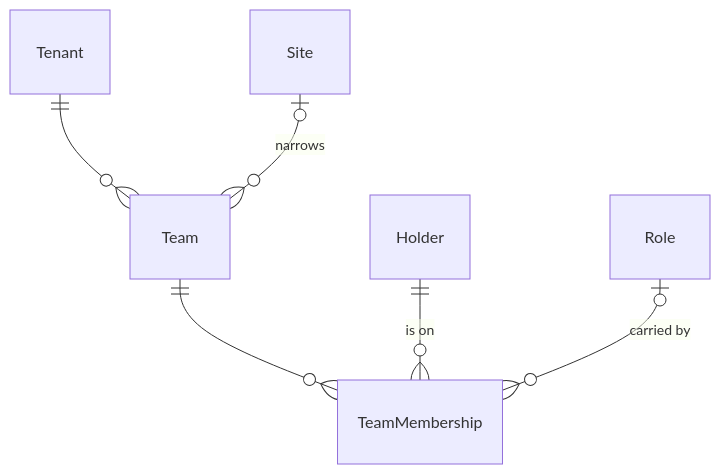
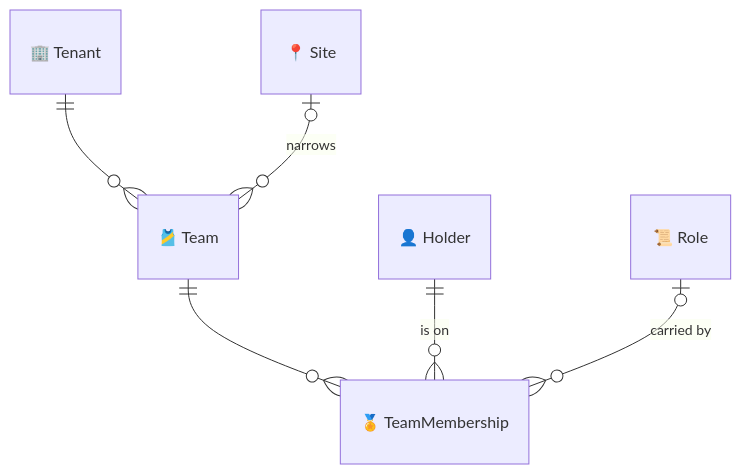
The fourth of 7 diagrams in docs/entity.md (lesomnus/roster), drawn with Mermaid before and after one commit. The commit also changed other lines of this file and 16 other files, not shown here.

````diff
--- a/docs/entity.md
+++ b/docs/entity.md
@@ -133,8 +179,8 @@
 ```mermaid
 erDiagram
-  Tenant ||--o{ Team : ""
-  Site   |o--o{ Team : "narrows"
-  Team   ||--o{ TeamMembership : ""
-  Holder ||--o{ TeamMembership : "is on"
-  Role   |o--o{ TeamMembership : "carried by"
+  "🏢 Tenant"  ||--o{  "🎽 Team" : ""
+  "📍 Site"    |o--o{  "🎽 Team" : "narrows"
+  "🎽 Team"    ||--o{  "🏅 TeamMembership" : ""
+  "👤 Holder"  ||--o{  "🏅 TeamMembership" : "is on"
+  "📜 Role"    |o--o{  "🏅 TeamMembership" : "carried by"
 ```
````
